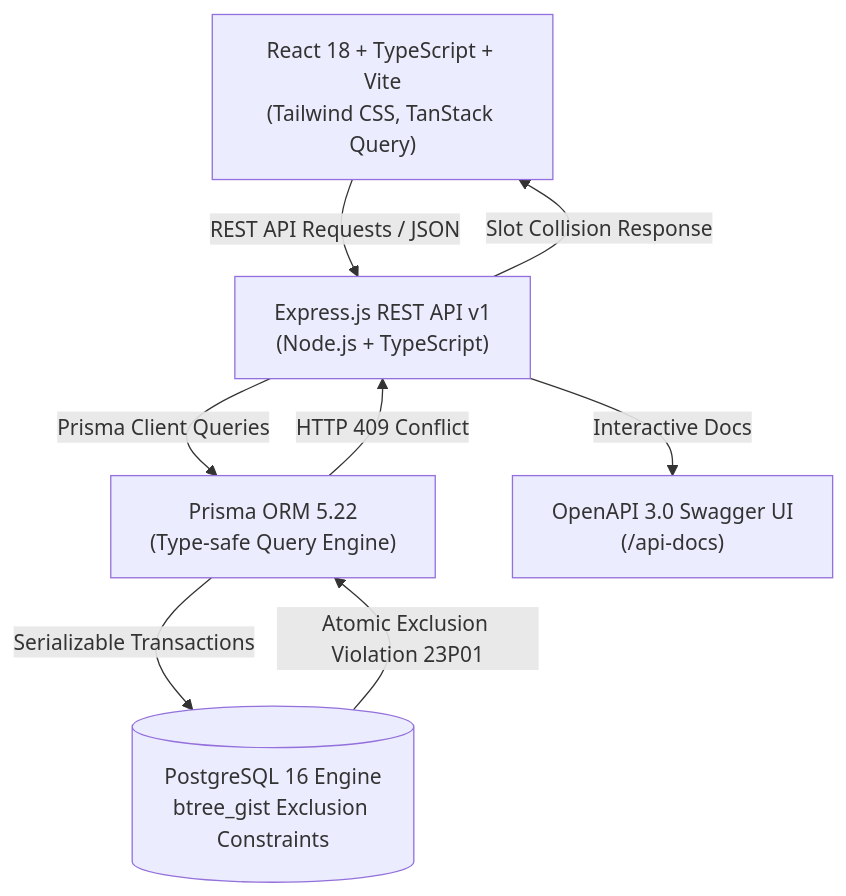
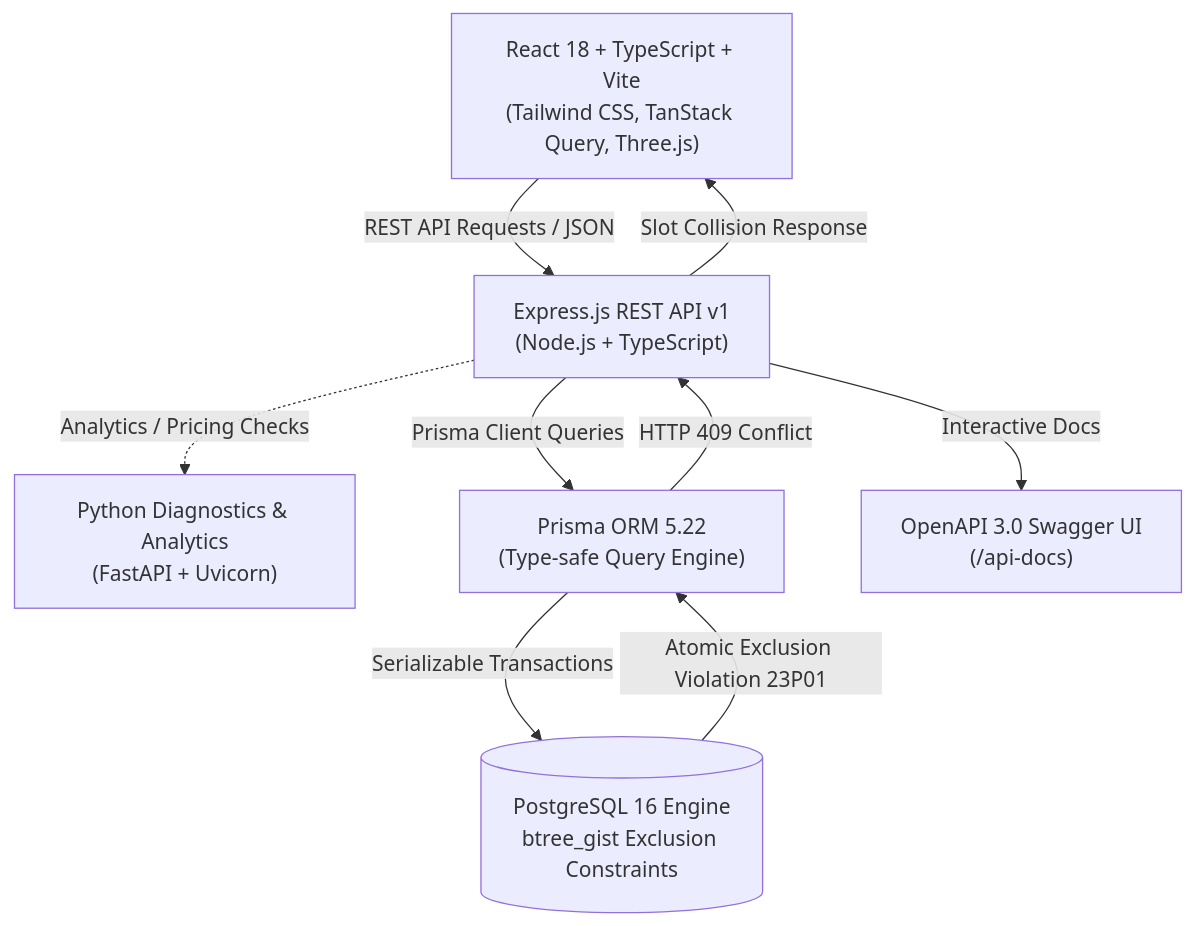
One commit to mangesh-lomte/TurfBook changed the first of 2 diagrams in README.md. Above: the diagram before and after it, drawn with Mermaid. The commit also changed other lines of this file and 72 other files, not shown here.

````diff
--- a/README.md
+++ b/README.md
@@ -28,16 +31,18 @@
 ```mermaid
 graph TD
-    Client["React 18 + TypeScript + Vite<br/>(Tailwind CSS, TanStack Query)"]
+    Client["React 18 + TypeScript + Vite<br/>(Tailwind CSS, TanStack Query, Three.js)"]
     API["Express.js REST API v1<br/>(Node.js + TypeScript)"]
+    PyService["Python Diagnostics & Analytics<br/>(FastAPI + Uvicorn)"]
     Prisma["Prisma ORM 5.22<br/>(Type-safe Query Engine)"]
     PG[("PostgreSQL 16 Engine<br/>btree_gist Exclusion Constraints")]
     Swagger["OpenAPI 3.0 Swagger UI<br/>(/api-docs)"]
 
     Client -->|REST API Requests / JSON| API
     API -->|Interactive Docs| Swagger
     API -->|Prisma Client Queries| Prisma
     Prisma -->|Serializable Transactions| PG
     PG -->|Atomic Exclusion Violation 23P01| Prisma
     Prisma -->|HTTP 409 Conflict| API
     API -->|Slot Collision Response| Client
+    API -.->|Analytics / Pricing Checks| PyService
 ```
````
